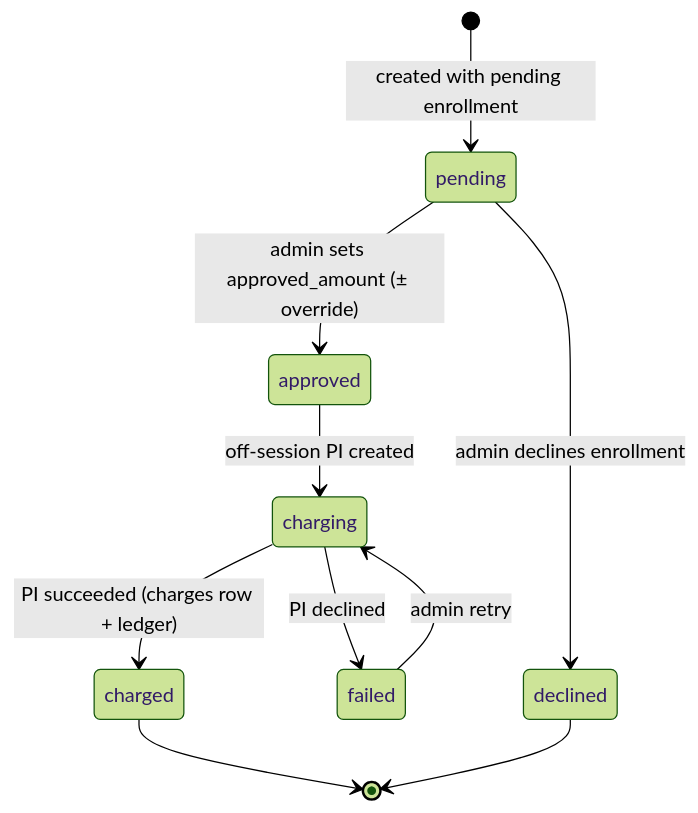
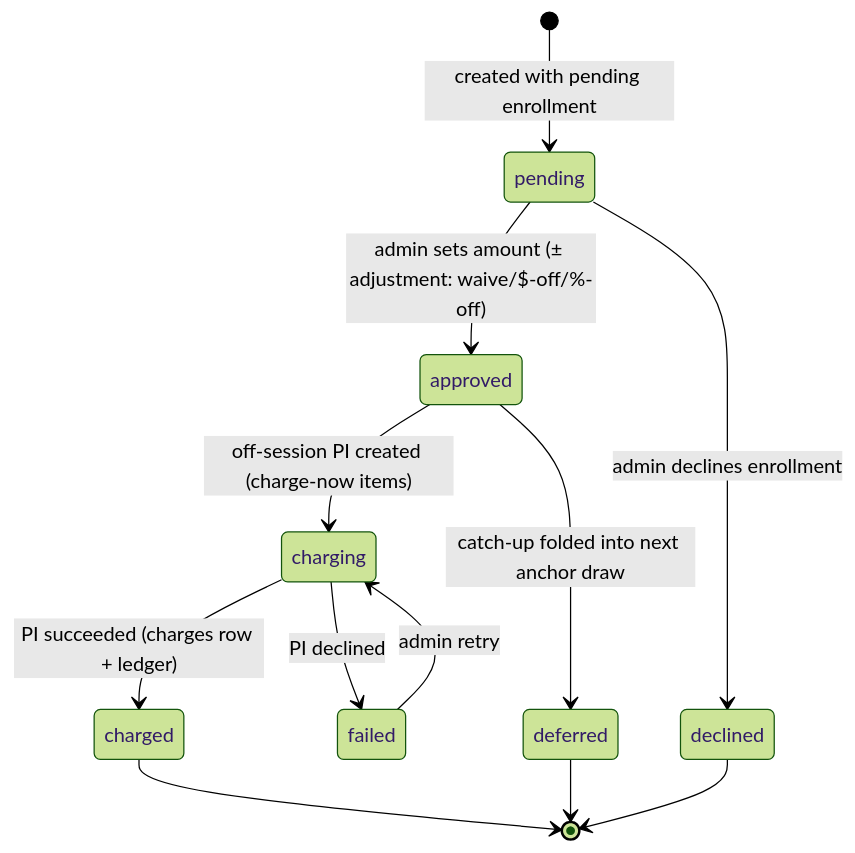
The second of 4 diagrams in docs/BILLING_APPROVAL_AND_DRAW.md (greenlyzard/bam-platform), drawn with Mermaid (forest theme) before and after one commit. The commit also changed other lines of this file, not shown here.

First line of the commit message:
docs(billing): lock §10 decisions into BILLING_APPROVAL_AND_DRAW; propagate throughout

````diff
--- a/docs/BILLING_APPROVAL_AND_DRAW.md
+++ b/docs/BILLING_APPROVAL_AND_DRAW.md
@@ -357,12 +395,14 @@
 ```mermaid
 stateDiagram-v2
     [*] --> pending: created with pending enrollment
-    pending --> approved: admin sets approved_amount (± override)
-    approved --> charging: off-session PI created
+    pending --> approved: admin sets amount (± adjustment: waive/$-off/%-off)
+    approved --> charging: off-session PI created (charge-now items)
+    approved --> deferred: catch-up folded into next anchor draw
     charging --> charged: PI succeeded (charges row + ledger)
     charging --> failed: PI declined
     failed --> charging: admin retry
     pending --> declined: admin declines enrollment
     charged --> [*]
+    deferred --> [*]
     declined --> [*]
 ```
````
